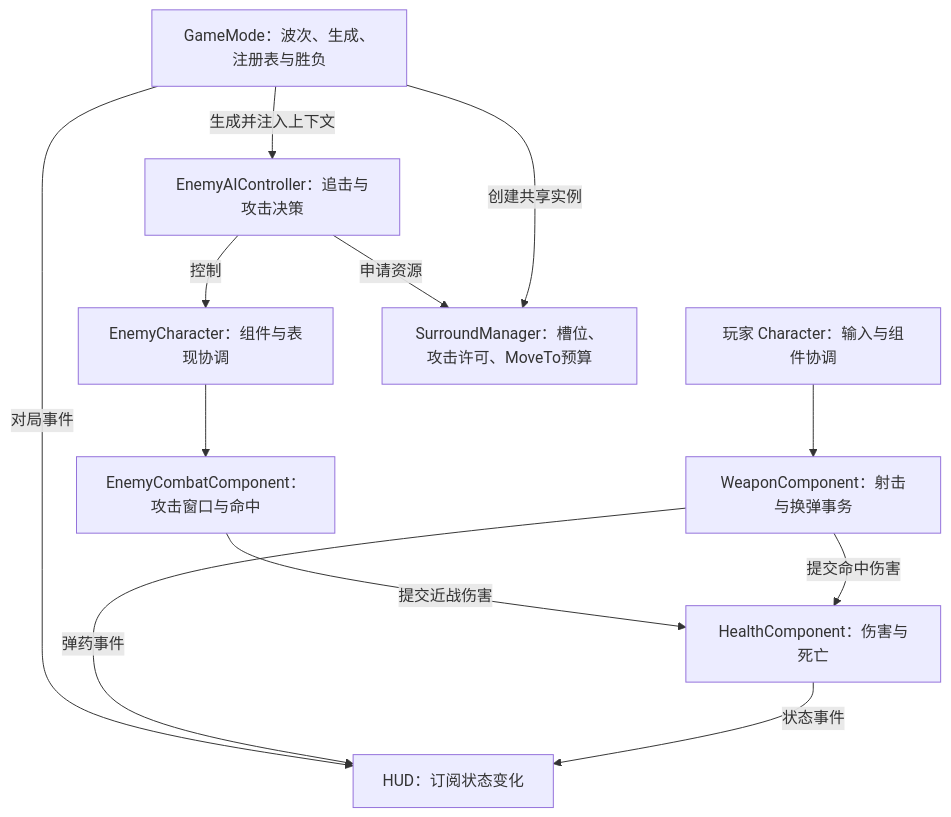
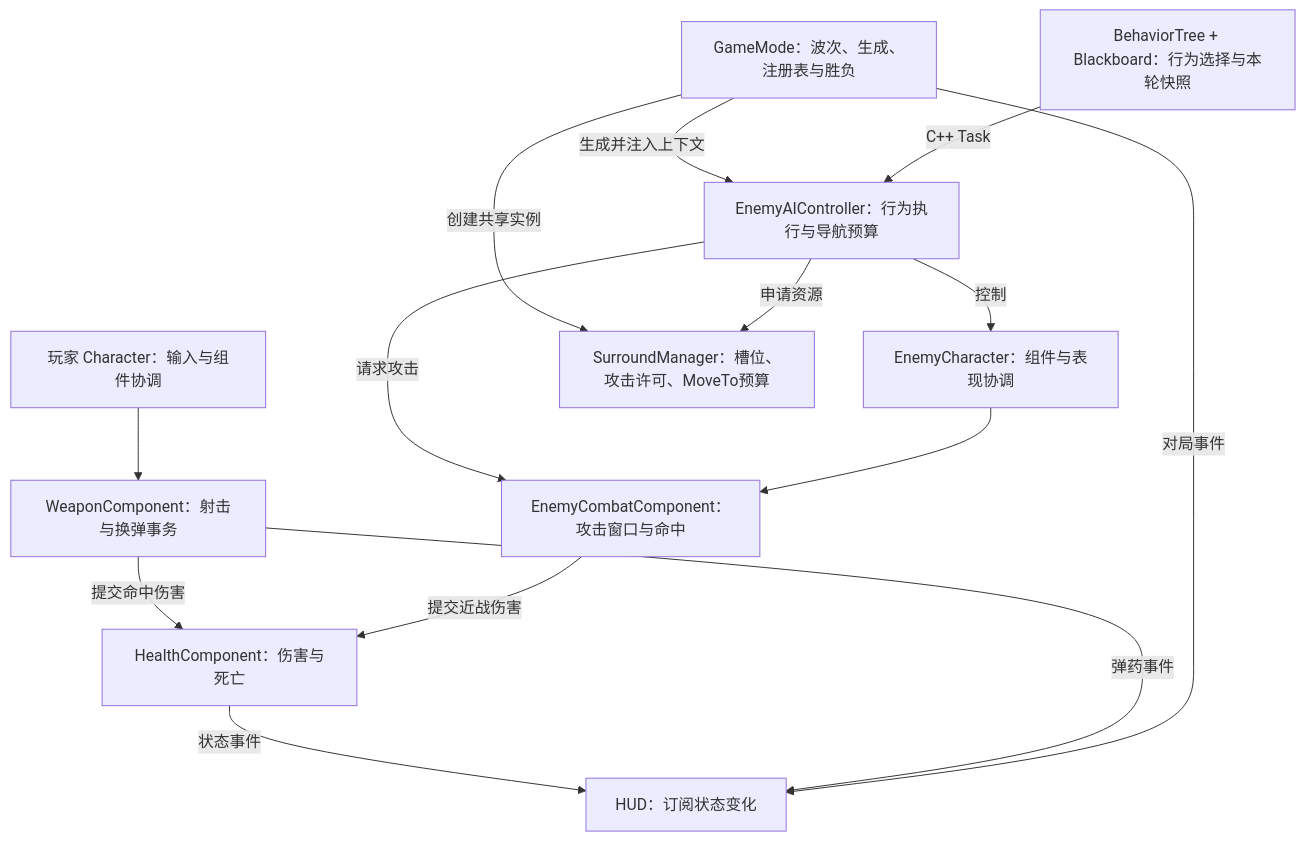
The first of 2 diagrams in README.md (Asvalith/fpstrue), drawn with Mermaid before and after one commit. The commit also changed other lines of this file and 46 other files, not shown here.

````diff
--- a/README.md
+++ b/README.md
@@ -38,23 +38,26 @@
 ```mermaid
 flowchart TD
     GM[GameMode：波次、生成、注册表与胜负]
     PLAYER[玩家 Character：输入与组件协调]
     WEAPON[WeaponComponent：射击与换弹事务]
     HEALTH[HealthComponent：伤害与死亡]
-    AI[EnemyAIController：追击与攻击决策]
+    BT[BehaviorTree + Blackboard：行为选择与本轮快照]
+    AI[EnemyAIController：行为执行与导航预算]
     ENEMY[EnemyCharacter：组件与表现协调]
     COMBAT[EnemyCombatComponent：攻击窗口与命中]
     GROUP[SurroundManager：槽位、攻击许可、MoveTo预算]
     HUD[HUD：订阅状态变化]
     GM -->|生成并注入上下文| AI
+    BT -->|C++ Task| AI
     GM -->|创建共享实例| GROUP
     AI -->|申请资源| GROUP
     AI -->|控制| ENEMY
+    AI -->|请求攻击| COMBAT
     ENEMY --> COMBAT
     PLAYER --> WEAPON
     WEAPON -->|提交命中伤害| HEALTH
     COMBAT -->|提交近战伤害| HEALTH
     HEALTH -->|状态事件| HUD
     WEAPON -->|弹药事件| HUD
     GM -->|对局事件| HUD
 ```
````
